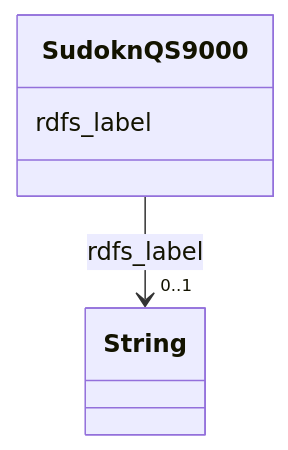
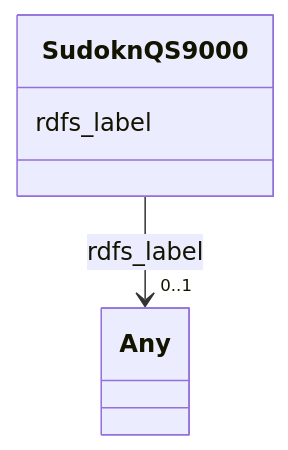
One commit to frink-okn/graph-descriptions changed the diagram in sudokn-kg/classes/SudoknQS9000.md. Above: the diagram before and after it, drawn with Mermaid. The commit also changed other lines of this file and 903 other files, not shown here.

````diff
--- a/sudokn-kg/classes/SudoknQS9000.md
+++ b/sudokn-kg/classes/SudoknQS9000.md
@@ -23,15 +18,15 @@
 ```mermaid
  classDiagram
     class SudoknQS9000
     click SudoknQS9000 href "../SudoknQS9000"
       SudoknQS9000 : rdfs_label
         
           
     
     
-    SudoknQS9000 --> "0..1" String : rdfs_label
-    click String href "../String"
+    SudoknQS9000 --> "0..1" Any : rdfs_label
+    click Any href "../Any"
 
         
       
 ```
````
